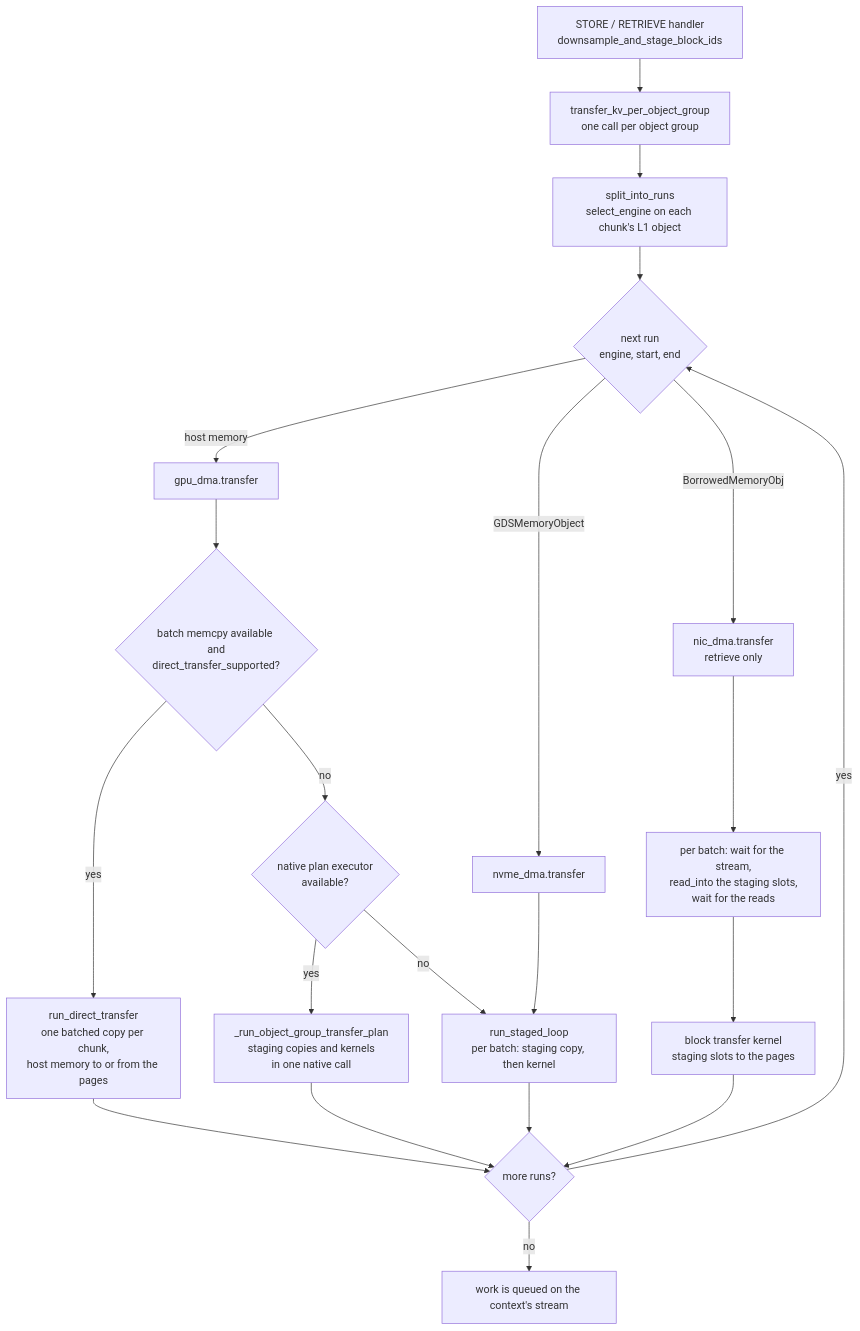
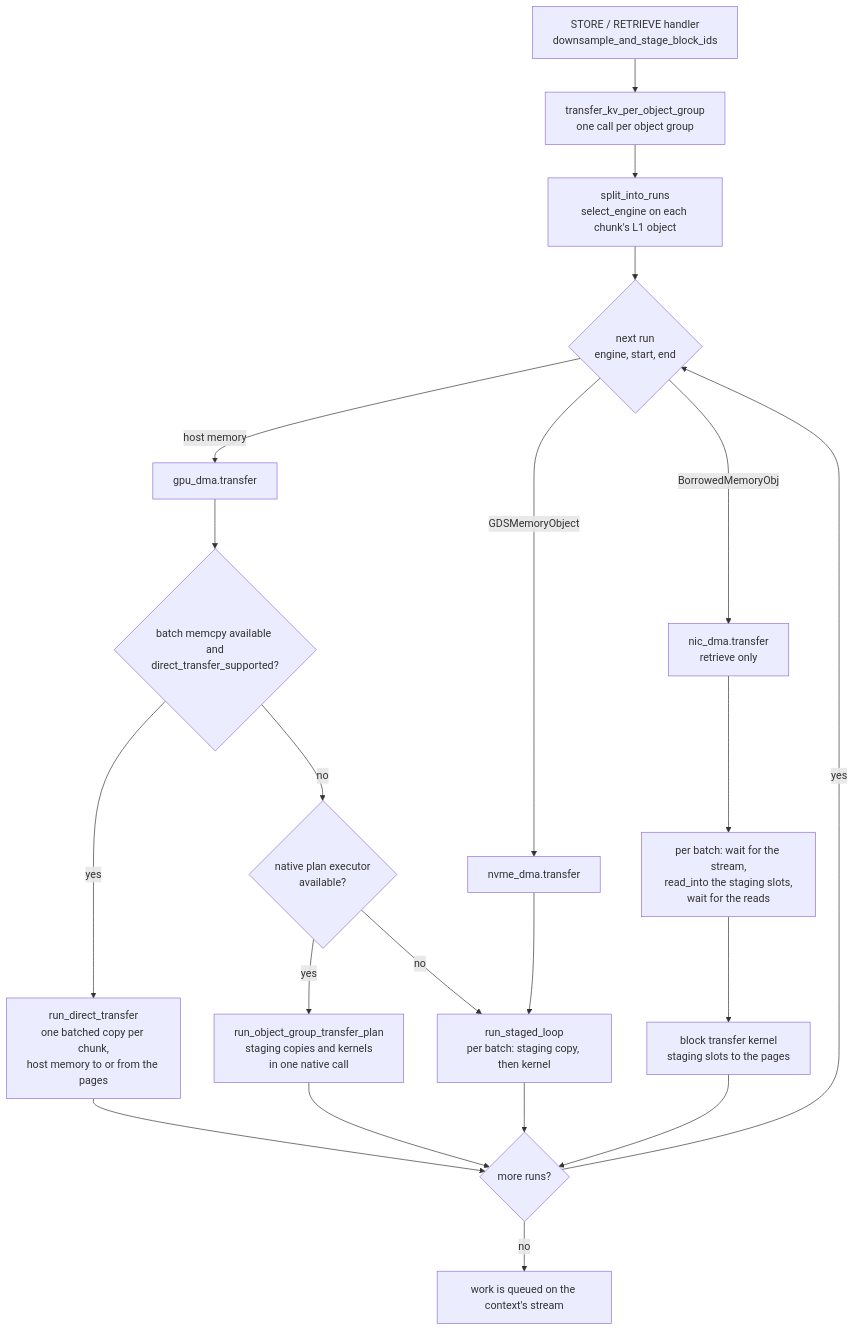
The diagram in docs/design/v1/multiprocess/lmcache_driven_transfer_copy_paths.md (LMCache/LMCache), drawn with Mermaid before and after one commit. The commit also changed other lines of this file and 10 other files, not shown here.

````diff
--- a/docs/design/v1/multiprocess/lmcache_driven_transfer_copy_paths.md
+++ b/docs/design/v1/multiprocess/lmcache_driven_transfer_copy_paths.md
@@ -51,37 +50,37 @@
 ```mermaid
 flowchart TD
     H["STORE / RETRIEVE handler<br/>downsample_and_stage_block_ids"]
     D["transfer_kv_per_object_group<br/>one call per object group"]
     S["split_into_runs<br/>select_engine on each chunk's L1 object"]
     R{"next run<br/>engine, start, end"}
     G["gpu_dma.transfer"]
     N["nvme_dma.transfer"]
     P["nic_dma.transfer<br/>retrieve only"]
     G1{"batch memcpy available and<br/>direct_transfer_supported?"}
     G2{"native plan executor<br/>available?"}
     GD["run_direct_transfer<br/>one batched copy per chunk,<br/>host memory to or from the pages"]
-    GP["_run_object_group_transfer_plan<br/>staging copies and kernels<br/>in one native call"]
+    GP["run_object_group_transfer_plan<br/>staging copies and kernels<br/>in one native call"]
     L["run_staged_loop<br/>per batch: staging copy, then kernel"]
     P1["per batch: wait for the stream,<br/>read_into the staging slots,<br/>wait for the reads"]
     K["block transfer kernel<br/>staging slots to the pages"]
     E{"more runs?"}
     Q["work is queued on the context's stream"]
 
     H --> D --> S --> R
     R -->|"host memory"| G
     R -->|"GDSMemoryObject"| N
     R -->|"BorrowedMemoryObj"| P
     G --> G1
     G1 -->|yes| GD
     G1 -->|no| G2
     G2 -->|yes| GP
     G2 -->|no| L
     N --> L
     P --> P1 --> K
     GD --> E
     GP --> E
     L --> E
     K --> E
     E -->|yes| R
     E -->|no| Q
 ```
````
